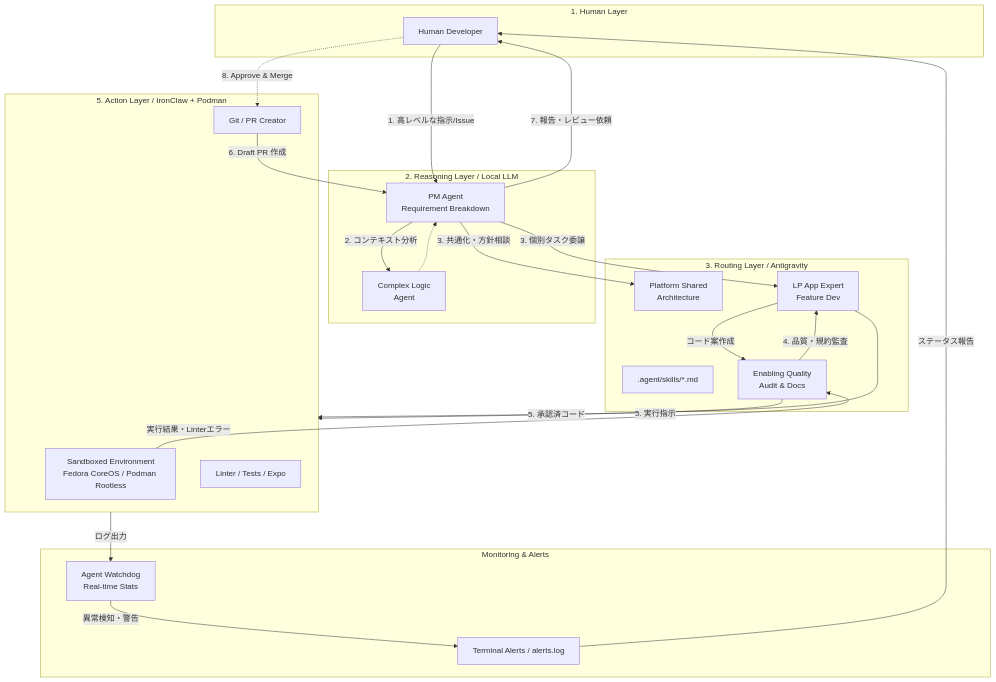
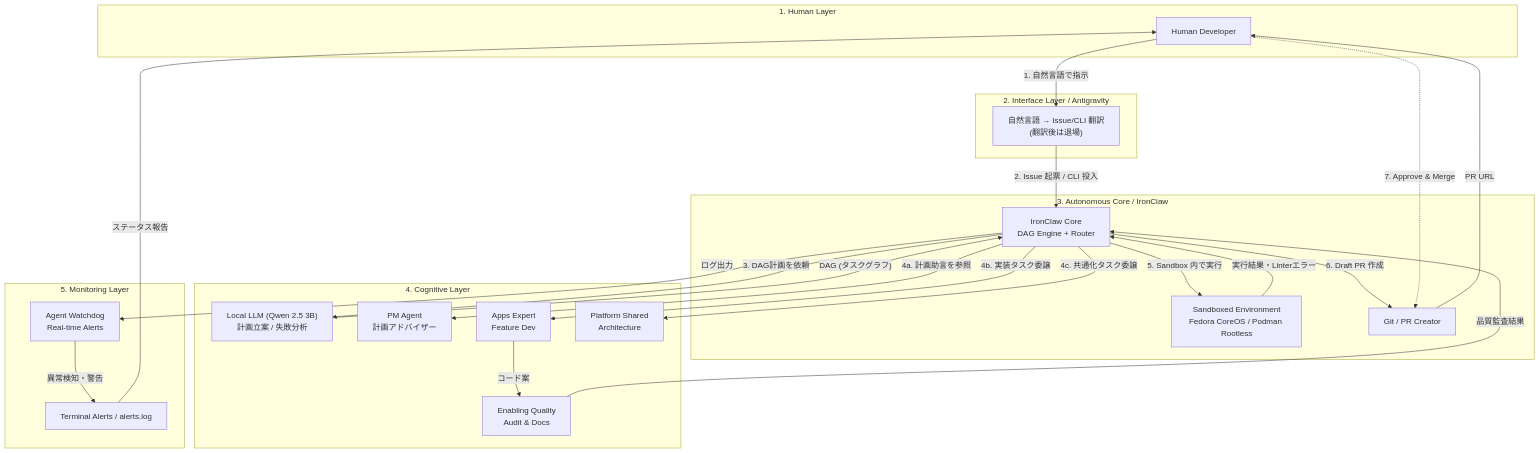
The diagram in docs/architecture/autonomous_system.md (yama-0t0k0/forAgent), drawn with Mermaid before and after one commit. The commit also changed other lines of this file and 10 other files, not shown here.

Commit message:
chore: IronClaw Autonomous Core realignment and Podman Rootless migration

````diff
--- a/docs/architecture/autonomous_system.md
+++ b/docs/architecture/autonomous_system.md
@@ -48,54 +54,55 @@
 ```mermaid
 graph TD
     %% レイヤー定義
-    subgraph Human[1. Human Layer]
+    subgraph Human["1. Human Layer"]
         User[Human Developer]
     end
 
-    subgraph Reasoning[2. Reasoning Layer / Local LLM]
-        PM[PM Agent<br/>Requirement Breakdown]
-        Complex[Complex Logic<br/>Agent]
+    subgraph Interface["2. Interface Layer / Antigravity"]
+        Translate["自然言語 → Issue/CLI 翻訳<br/>(翻訳後は退場)"]
     end
 
-    subgraph Routing[3. Routing Layer / Antigravity]
-        SkillDir[.agent/skills/*.md]
-        Enabling[Enabling Quality<br/>Audit & Docs]
-        Shared[Platform Shared<br/>Architecture]
-        AppExp[LP App Expert<br/>Feature Dev]
+    subgraph Core["3. Autonomous Core / IronClaw"]
+        Orchestrator["IronClaw Core<br/>DAG Engine + Router"]
+        Sandbox["Sandboxed Environment<br/>Fedora CoreOS / Podman Rootless"]
+        Git["Git / PR Creator"]
     end
 
-    subgraph Action[5. Action Layer / IronClaw + Podman]
-        Sandbox[Sandboxed Environment<br/>Fedora CoreOS / Podman Rootless]
-        Git[Git / PR Creator]
-        Tools[Linter / Tests / Expo]
+    subgraph Cognitive["4. Cognitive Layer"]
+        LLM["Local LLM (Qwen 2.5 3B)<br/>計画立案 / 失敗分析"]
+        PMSkill["PM Agent<br/>計画アドバイザー"]
+        AppExp["Apps Expert<br/>Feature Dev"]
+        Shared["Platform Shared<br/>Architecture"]
+        Quality["Enabling Quality<br/>Audit & Docs"]
     end
 
-    subgraph Monitor[Monitoring & Alerts]
-        Watchdog[Agent Watchdog<br/>Real-time Stats]
-        Alerts[Terminal Alerts / alerts.log]
+    subgraph Monitor["5. Monitoring Layer"]
+        Watchdog["Agent Watchdog<br/>Real-time Alerts"]
+        Alerts["Terminal Alerts / alerts.log"]
     end
 
     %% データフロー
-    User -- "1. 高レベルな指示/Issue" --> PM
-    PM -- "2. コンテキスト分析" --> Complex
-    Complex -.-> PM
+    User -- "1. 自然言語で指示" --> Translate
+    Translate -- "2. Issue 起票 / CLI 投入" --> Orchestrator
+
+    Orchestrator -- "3. DAG計画を依頼" --> LLM
+    LLM -- "DAG (タスクグラフ)" --> Orchestrator
+    Orchestrator -- "4a. 計画助言を参照" --> PMSkill
+    Orchestrator -- "4b. 実装タスク委譲" --> AppExp
+    Orchestrator -- "4c. 共通化タスク委譲" --> Shared
     
-    PM -- "3. 個別タスク委譲" --> AppExp
-    PM -- "3. 共通化・方針相談" --> Shared
+    AppExp -- "コード案" --> Quality
+    Quality -- "品質監査結果" --> Orchestrator
     
-    AppExp -- "コード案作成" --> Enabling
-    Enabling -- "4. 品質・規約監査" --> AppExp
+    Orchestrator -- "5. Sandbox 内で実行" --> Sandbox
+    Sandbox -- "実行結果・Linterエラー" --> Orchestrator
     
-    Enabling -- "5. 承認済コード" --> Action
-    AppExp -- "5. 実行指示" --> Action
-    
-    Action -- "ログ出力" --> Watchdog
+    Orchestrator -- "6. Draft PR 作成" --> Git
+    Git -- "PR URL" --> User
+
+    Orchestrator -- "ログ出力" --> Watchdog
     Watchdog -- "異常検知・警告" --> Alerts
     Alerts -- "ステータス報告" --> User
-    
-    Sandbox -- "実行結果・Linterエラー" --> Enabling
-    Git -- "6. Draft PR 作成" --> PM
-    
-    PM -- "7. 報告・レビュー依頼" --> User
-    User -. "8. Approve & Merge" .-> Git
+
+    User -. "7. Approve & Merge" .-> Git
 ```
````
